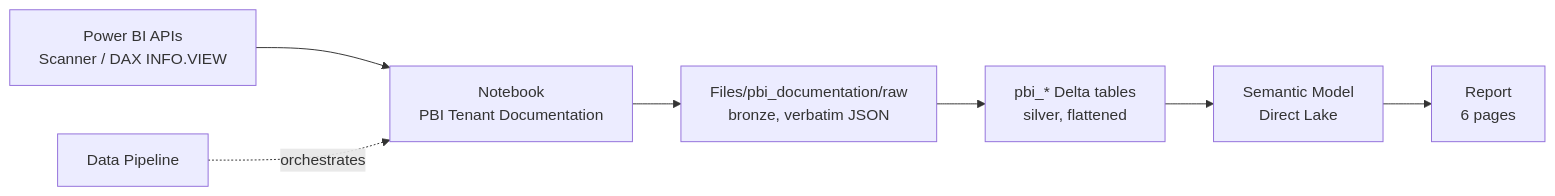
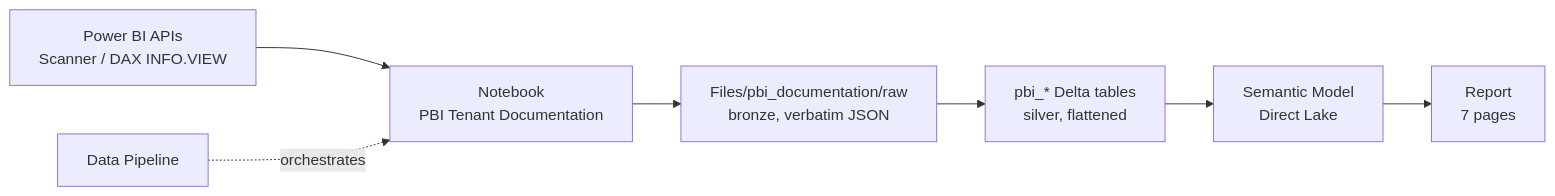
Before and after one commit to FranGenoa/powerbi-tenant-catalog: the diagram in README.md, drawn with Mermaid. The commit also changed other lines of this file and 29 other files, not shown here.

````diff
--- a/README.md
+++ b/README.md
@@ -13,9 +13,9 @@
 ```mermaid
 graph LR
   A[Power BI APIs<br/>Scanner / DAX INFO.VIEW] --> B[Notebook<br/>PBI Tenant Documentation]
   B --> C[Files/pbi_documentation/raw<br/>bronze, verbatim JSON]
   C --> D[pbi_* Delta tables<br/>silver, flattened]
   D --> E[Semantic Model<br/>Direct Lake]
-  E --> F[Report<br/>6 pages]
+  E --> F[Report<br/>7 pages]
   G[Data Pipeline] -.orchestrates.-> B
 ```
````
